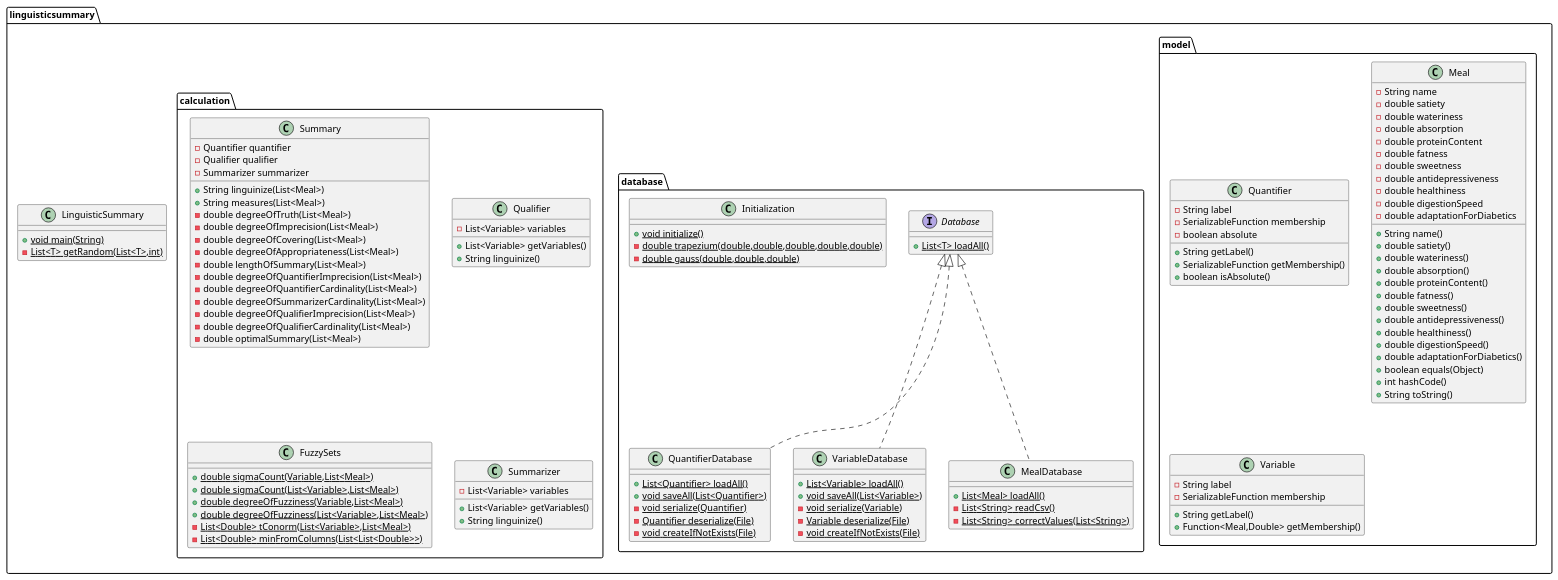
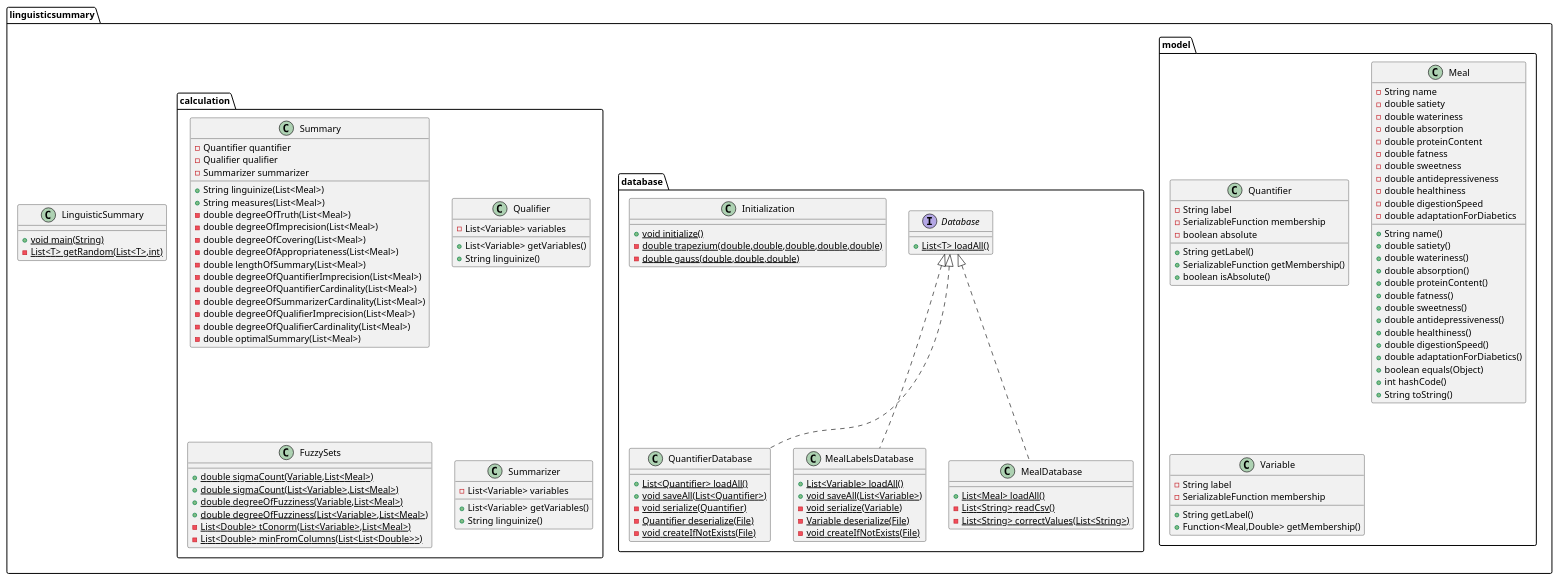
One commit to karwowskiantoni/Semestr_VI changed the diagram in komputerowe_systemy_ropoznawania/zadanie_2/src/main/resources/plant.puml. Above: the diagram before and after it, drawn with PlantUML. The commit also changed 1 other file, not shown here.

```diff
--- a/komputerowe_systemy_ropoznawania/zadanie_2/src/main/resources/plant.puml
+++ b/komputerowe_systemy_ropoznawania/zadanie_2/src/main/resources/plant.puml
@@ -1,116 +1,116 @@
 @startuml
 class linguisticsummary.LinguisticSummary {
 + {static} void main(String)
 - {static} List<T> getRandom(List<T>,int)
 }
 class linguisticsummary.model.Quantifier {
 - String label
 - SerializableFunction membership
 - boolean absolute
 + String getLabel()
 + SerializableFunction getMembership()
 + boolean isAbsolute()
 }
 class linguisticsummary.model.Meal {
 - String name
 - double satiety
 - double wateriness
 - double absorption
 - double proteinContent
 - double fatness
 - double sweetness
 - double antidepressiveness
 - double healthiness
 - double digestionSpeed
 - double adaptationForDiabetics
 + String name()
 + double satiety()
 + double wateriness()
 + double absorption()
 + double proteinContent()
 + double fatness()
 + double sweetness()
 + double antidepressiveness()
 + double healthiness()
 + double digestionSpeed()
 + double adaptationForDiabetics()
 + boolean equals(Object)
 + int hashCode()
 + String toString()
 }
 
 
 class linguisticsummary.model.Variable {
 - String label
 - SerializableFunction membership
 + String getLabel()
 + Function<Meal,Double> getMembership()
 }
 interface linguisticsummary.database.Database {
 + {static} List<T> loadAll()
 }
 class linguisticsummary.database.Initialization {
 + {static} void initialize()
 - {static} double trapezium(double,double,double,double,double)
 - {static} double gauss(double,double,double)
 }
 class linguisticsummary.calculation.Summary {
 - Quantifier quantifier
 - Qualifier qualifier
 - Summarizer summarizer
 + String linguinize(List<Meal>)
 + String measures(List<Meal>)
 - double degreeOfTruth(List<Meal>)
 - double degreeOfImprecision(List<Meal>)
 - double degreeOfCovering(List<Meal>)
 - double degreeOfAppropriateness(List<Meal>)
 - double lengthOfSummary(List<Meal>)
 - double degreeOfQuantifierImprecision(List<Meal>)
 - double degreeOfQuantifierCardinality(List<Meal>)
 - double degreeOfSummarizerCardinality(List<Meal>)
 - double degreeOfQualifierImprecision(List<Meal>)
 - double degreeOfQualifierCardinality(List<Meal>)
 - double optimalSummary(List<Meal>)
 }
 class linguisticsummary.calculation.Qualifier {
 - List<Variable> variables
 + List<Variable> getVariables()
 + String linguinize()
 }
 class linguisticsummary.database.QuantifierDatabase {
 + {static} List<Quantifier> loadAll()
 + {static} void saveAll(List<Quantifier>)
 - {static} void serialize(Quantifier)
 - {static} Quantifier deserialize(File)
 - {static} void createIfNotExists(File)
 }
-class linguisticsummary.database.VariableDatabase {
+class linguisticsummary.database.MealLabelsDatabase {
 + {static} List<Variable> loadAll()
 + {static} void saveAll(List<Variable>)
 - {static} void serialize(Variable)
 - {static} Variable deserialize(File)
 - {static} void createIfNotExists(File)
 }
 class linguisticsummary.database.MealDatabase {
 + {static} List<Meal> loadAll()
 - {static} List<String> readCsv()
 - {static} List<String> correctValues(List<String>)
 }
 class linguisticsummary.calculation.FuzzySets {
 + {static} double sigmaCount(Variable,List<Meal>)
 + {static} double sigmaCount(List<Variable>,List<Meal>)
 + {static} double degreeOfFuzziness(Variable,List<Meal>)
 + {static} double degreeOfFuzziness(List<Variable>,List<Meal>)
 - {static} List<Double> tConorm(List<Variable>,List<Meal>)
 - {static} List<Double> minFromColumns(List<List<Double>>)
 }
 class linguisticsummary.calculation.Summarizer {
 - List<Variable> variables
 + List<Variable> getVariables()
 + String linguinize()
 }
 linguisticsummary.database.Database <|.. linguisticsummary.database.QuantifierDatabase
-linguisticsummary.database.Database <|.. linguisticsummary.database.VariableDatabase
+linguisticsummary.database.Database <|.. linguisticsummary.database.MealLabelsDatabase
 linguisticsummary.database.Database <|.. linguisticsummary.database.MealDatabase
 
 @enduml
```
